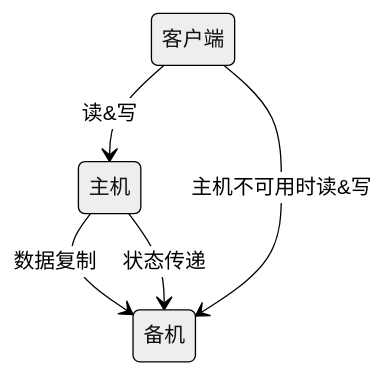
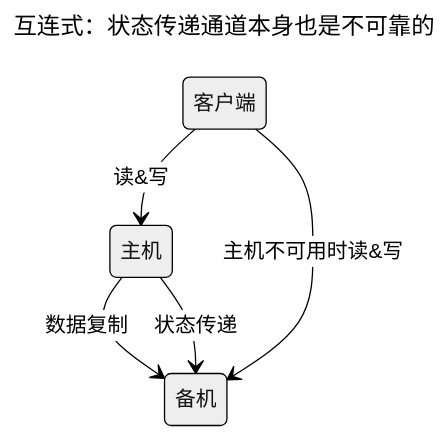
The first of 8 diagrams in doc/软件工程/架构/系统设计/可用性.md (0xcaffebabe/note), drawn with Mermaid (neutral theme) before and after one commit. The commit also changed other lines of this file and 2 other files, not shown here.

````diff
--- a/doc/软件工程/架构/系统设计/可用性.md
+++ b/doc/软件工程/架构/系统设计/可用性.md
@@ -194,7 +153,10 @@
 ```mermaid
+---
+title: 互连式：状态传递通道本身也是不可靠的
+---
 stateDiagram-v2
   客户端 --> 主机: 读&写
   主机 --> 备机: 数据复制
   主机 --> 备机: 状态传递
   客户端 --> 备机: 主机不可用时读&写
 ```
````
